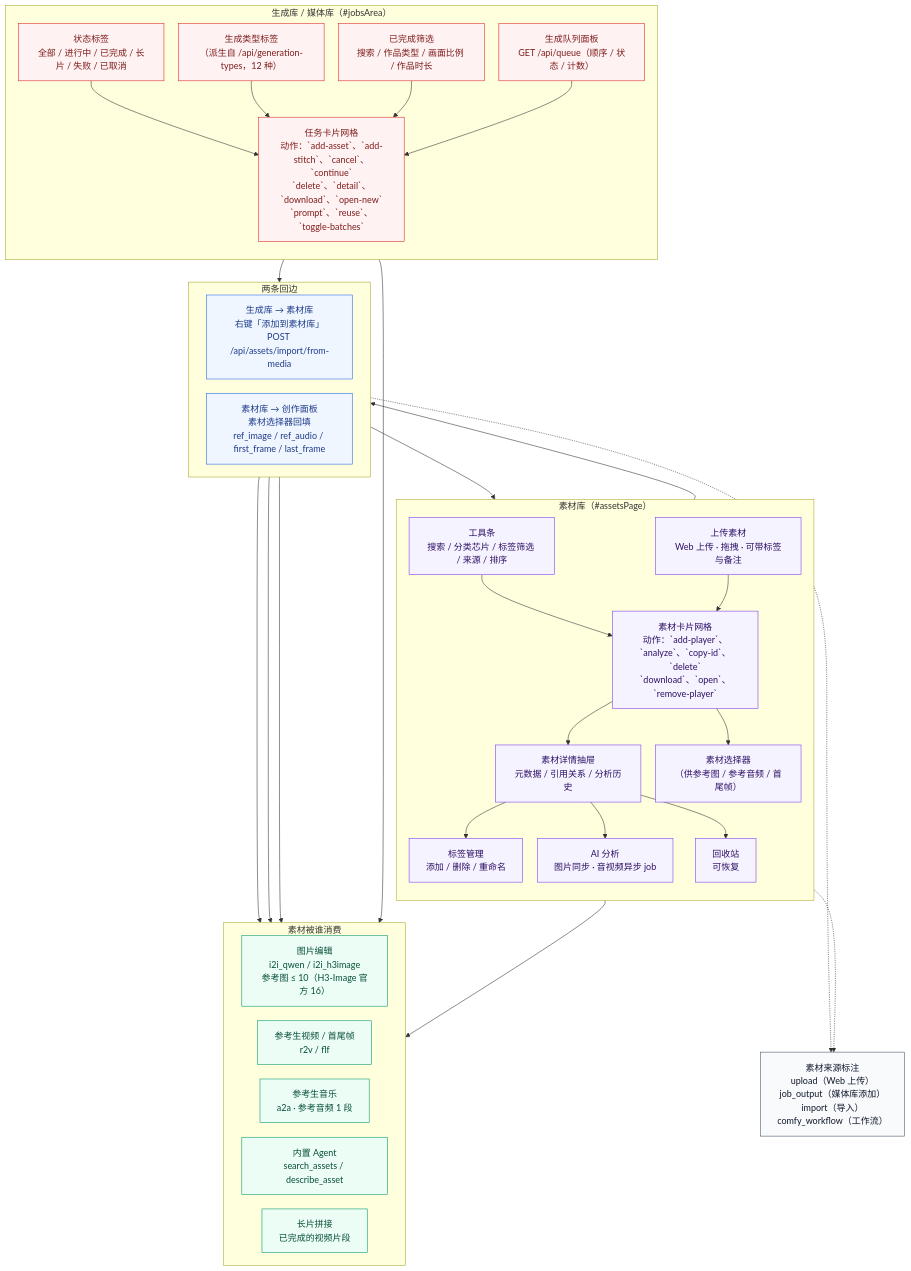
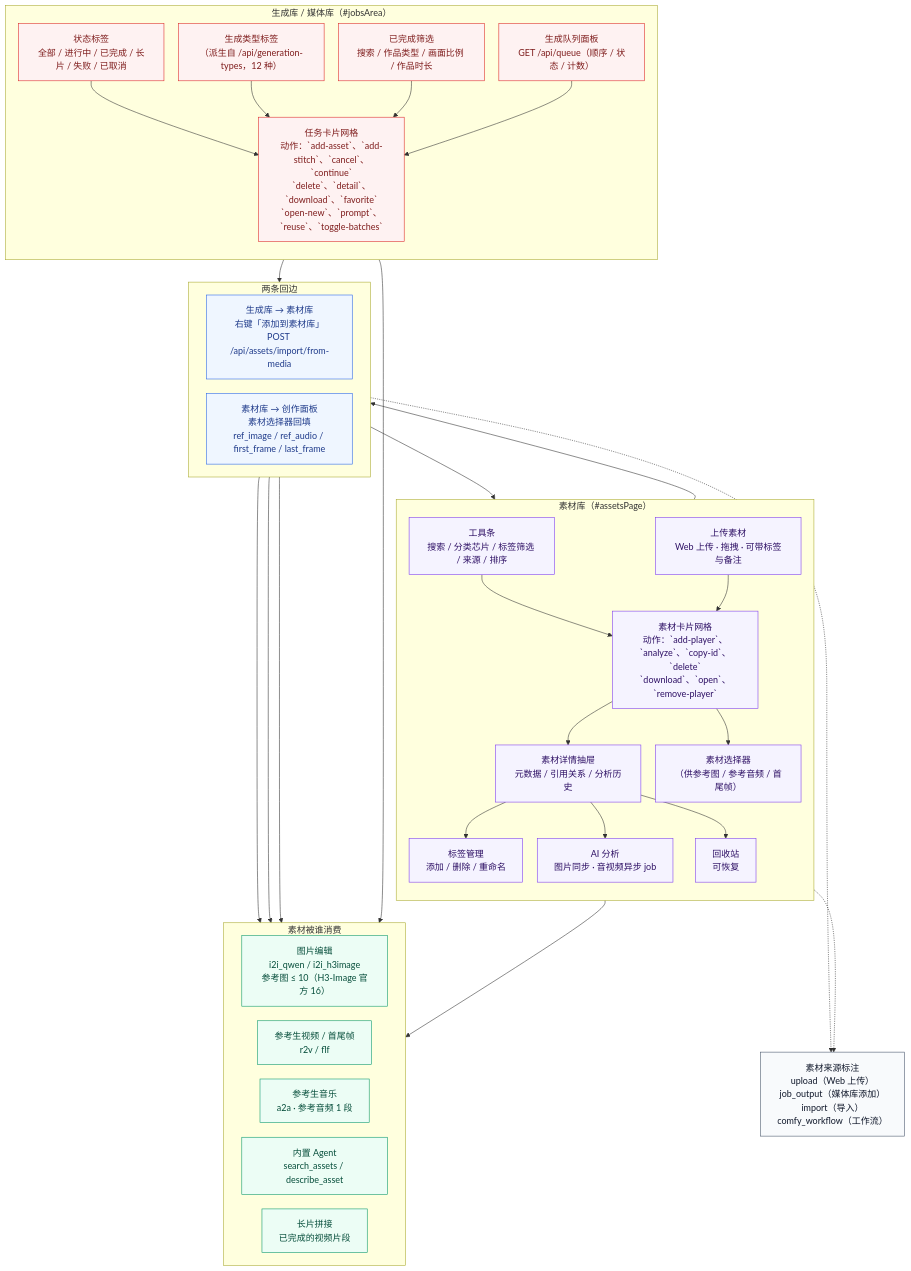
One commit to pixelaigc/ComfyUI-MiniMax-H3-Studio changed the diagram in docs/交互流程图-素材库.mmd. Above: the diagram before and after it, drawn with Mermaid. The commit also changed 7 other files, not shown here.

```diff
--- a/docs/交互流程图-素材库.mmd
+++ b/docs/交互流程图-素材库.mmd
@@ -1,78 +1,78 @@
 %%{init: {"flowchart": {"curve": "basis", "nodeSpacing": 26, "rankSpacing": 40, "htmlLabels": true}, "themeVariables": {"fontFamily": "Noto Sans CJK SC, Noto Sans SC, DejaVu Sans, sans-serif"}}}%%
 %% 交互流程图 · ② 素材库（assets）与生成库（jobs）的双向联动
 %% 本文件由 scripts/gen_flow.py 从 scripts/templates/flow-assets.mmd 生成，请勿手改。
 %% 要改流程形状请改 scripts/templates/flow-assets.mmd，然后跑 `make flow`。
 flowchart TD
 
   subgraph LIB["素材库（#assetsPage）"]
     direction TB
     A_TOOLBAR["工具条<br/>搜索 / 分类芯片 / 标签筛选 / 来源 / 排序"]
     A_UP["上传素材<br/>Web 上传 · 拖拽 · 可带标签与备注"]
     A_GRID["素材卡片网格<br/>动作：`add-player`、`analyze`、`copy-id`、`delete`<br/>`download`、`open`、`remove-player`"]
     A_DRAWER["素材详情抽屉<br/>元数据 / 引用关系 / 分析历史"]
     A_TAG["标签管理<br/>添加 / 删除 / 重命名"]
     A_ANALYZE["AI 分析<br/>图片同步 · 音视频异步 job"]
     A_TRASH["回收站<br/>可恢复"]
     A_PICKER["素材选择器<br/>（供参考图 / 参考音频 / 首尾帧）"]
   end
 
   A_TOOLBAR --> A_GRID
   A_UP --> A_GRID
   A_GRID --> A_DRAWER
   A_DRAWER --> A_TAG
   A_DRAWER --> A_ANALYZE
   A_DRAWER --> A_TRASH
 
   subgraph JOBS["生成库 / 媒体库（#jobsArea）"]
     direction TB
     J_TABS["状态标签<br/>全部 / 进行中 / 已完成 / 长片 / 失败 / 已取消"]
     J_TYPES["生成类型标签<br/>（派生自 /api/generation-types，12 种）"]
     J_FILTER["已完成筛选<br/>搜索 / 作品类型 / 画面比例 / 作品时长"]
-    J_GRID["任务卡片网格<br/>动作：`add-asset`、`add-stitch`、`cancel`、`continue`<br/>`delete`、`detail`、`download`、`open-new`<br/>`prompt`、`reuse`、`toggle-batches`"]
+    J_GRID["任务卡片网格<br/>动作：`add-asset`、`add-stitch`、`cancel`、`continue`<br/>`delete`、`detail`、`download`、`favorite`<br/>`open-new`、`prompt`、`reuse`、`toggle-batches`"]
     J_QUEUE["生成队列面板<br/>GET /api/queue（顺序 / 状态 / 计数）"]
   end
 
   J_TABS --> J_GRID
   J_TYPES --> J_GRID
   J_FILTER --> J_GRID
   J_QUEUE --> J_GRID
   subgraph FLOW["两条回边"]
     direction LR
     J2A["生成库 → 素材库<br/>右键「添加到素材库」<br/>POST /api/assets/import/from-media"]
     A2J["素材库 → 创作面板<br/>素材选择器回填<br/>ref_image / ref_audio / first_frame / last_frame"]
   end
 
   J_GRID --> J2A --> A_GRID
   A_GRID --> A_PICKER --> A2J
 
   subgraph CONSUMERS["素材被谁消费"]
     direction LR
     C_IMG["图片编辑<br/>i2i_qwen / i2i_h3image<br/>参考图 ≤ 10（H3-Image 官方 16）"]
     C_VID["参考生视频 / 首尾帧<br/>r2v / flf"]
     C_AUD["参考生音乐<br/>a2a · 参考音频 1 段"]
     C_AG["内置 Agent<br/>search_assets / describe_asset"]
     C_STITCH["长片拼接<br/>已完成的视频片段"]
   end
 
   A2J --> C_IMG
   A2J --> C_VID
   A2J --> C_AUD
   A_GRID --> C_AG
   J_GRID --> C_STITCH
 
   NOTE["素材来源标注<br/>upload（Web 上传）<br/>job_output（媒体库添加）<br/>import（导入）<br/>comfy_workflow（工作流）"]
 
   A_UP -.-> NOTE
   J2A -.-> NOTE
 
   classDef lib fill:#f5f3ff,stroke:#7c3aed,stroke-width:1px,color:#2e1065;
   classDef jobs fill:#fef2f2,stroke:#dc2626,stroke-width:1px,color:#7f1d1d;
   classDef flow fill:#eff6ff,stroke:#2563eb,stroke-width:1px,color:#1e3a8a;
   classDef use fill:#ecfdf5,stroke:#059669,stroke-width:1px,color:#064e3b;
   classDef note fill:#f8fafc,stroke:#475569,stroke-width:1px,color:#0f172a;
 
   class A_TOOLBAR,A_UP,A_GRID,A_DRAWER,A_TAG,A_ANALYZE,A_TRASH,A_PICKER lib;
   class J_TABS,J_TYPES,J_FILTER,J_GRID,J_QUEUE jobs;
   class J2A,A2J flow;
   class C_IMG,C_VID,C_AUD,C_AG,C_STITCH use;
   class NOTE note;
```
